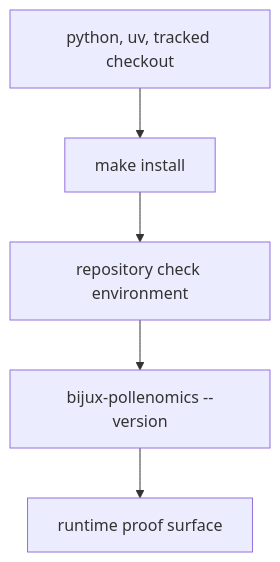
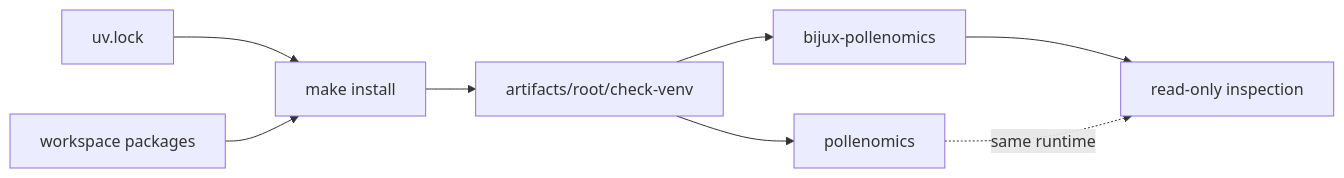
Before and after one commit to bijux/bijux-pollenomics: the diagram in docs/public/pollenomics/operations/installation-and-setup.md, drawn with Mermaid. The commit also changed other lines of this file and 2 other files, not shown here.

Commit message:
docs(operations): separate inspection from state replacement

````diff
--- a/docs/public/pollenomics/operations/installation-and-setup.md
+++ b/docs/public/pollenomics/operations/installation-and-setup.md
@@ -20,13 +35,10 @@
 ```mermaid
-flowchart TB
-    prereq["python, uv, tracked checkout"]
-    install["make install"]
-    env["repository check environment"]
-    cli["bijux-pollenomics --version"]
-    proof["runtime proof surface"]
-
-    prereq --> install
-    install --> env
-    env --> cli
-    cli --> proof
+flowchart LR
+    Lock["uv.lock"] --> Install["make install"]
+    Packages["workspace packages"] --> Install
+    Install --> Environment["artifacts/root/check-venv"]
+    Environment --> Canonical["bijux-pollenomics"]
+    Environment --> Alias["pollenomics"]
+    Canonical --> Inspect["read-only inspection"]
+    Alias -. "same runtime" .-> Inspect
 ```
````
